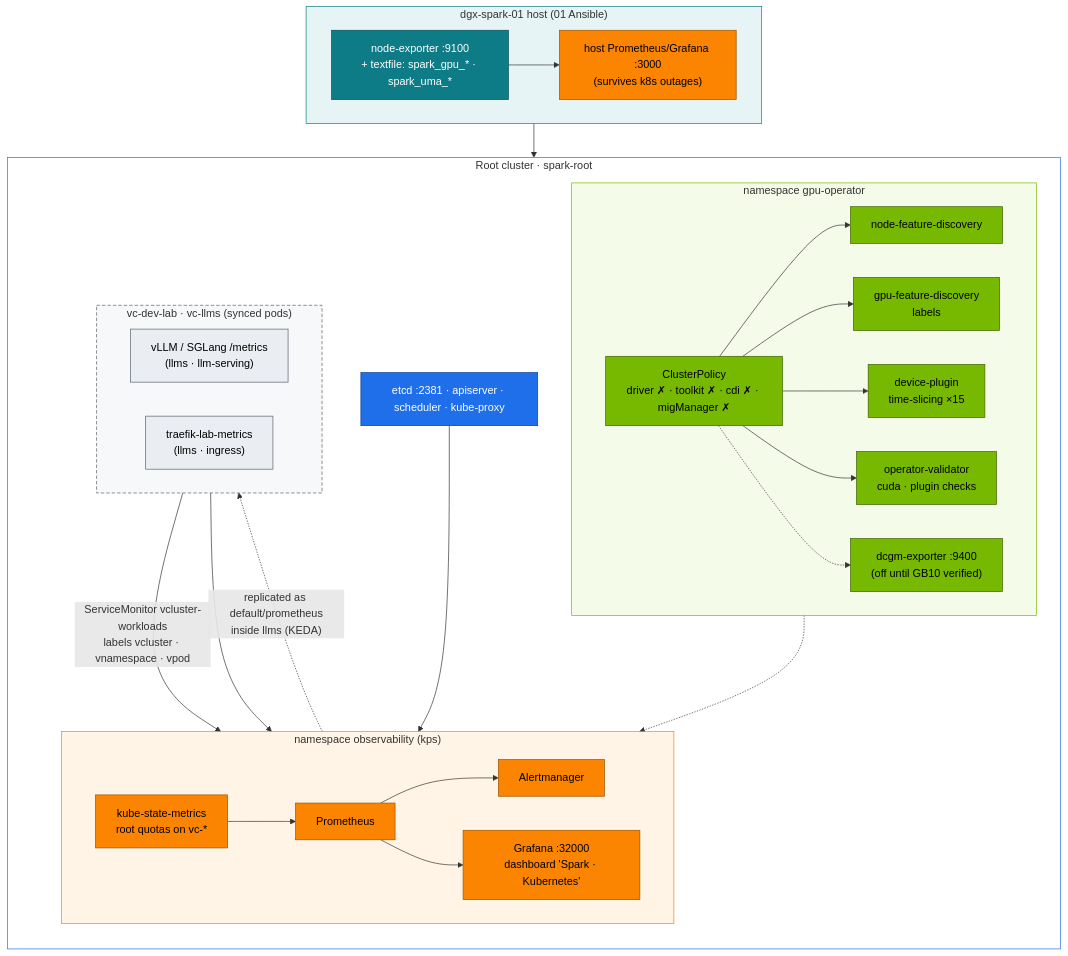
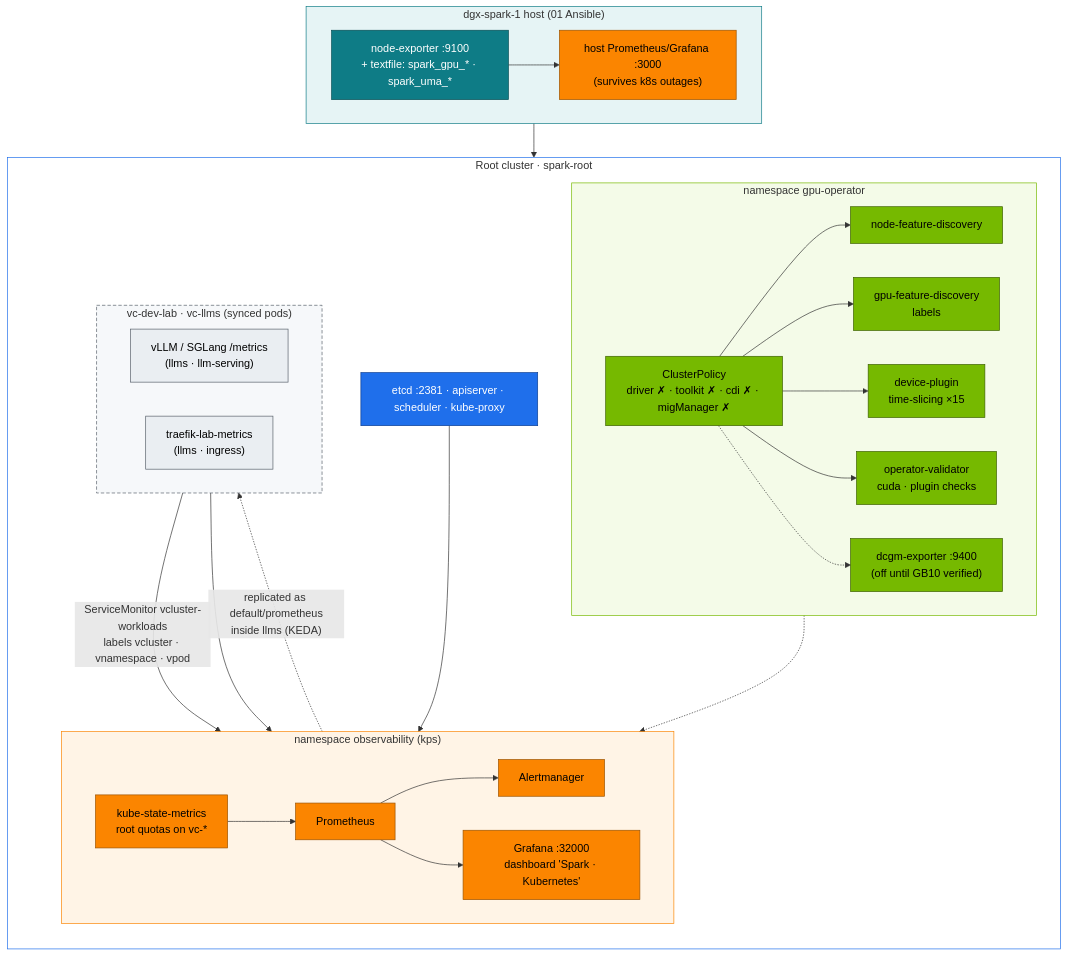
One commit to cloudone365/technical-depth changed the diagram in 02 Kubernetes/16-nvidia-gpu-operator-and-network-operator.md. Above: the diagram before and after it, drawn with Mermaid. The commit also changed other lines of this file and 91 other files, not shown here.

First line of the commit message:
Rename the Spark hosts to dgx-spark-1 / dgx-spark-2

````diff
--- a/02 Kubernetes/16-nvidia-gpu-operator-and-network-operator.md
+++ b/02 Kubernetes/16-nvidia-gpu-operator-and-network-operator.md
@@ -32,53 +32,53 @@
 ```mermaid
 flowchart TB
   subgraph ROOT["Root cluster · spark-root"]
     direction TB
     subgraph GOP["namespace gpu-operator"]
       direction LR
       CP["ClusterPolicy<br/>driver ✗ · toolkit ✗ · cdi ✗ · migManager ✗"] --> NFD["node-feature-discovery"]
       CP --> GFD["gpu-feature-discovery<br/>labels"]
       CP --> DP["device-plugin<br/>time-slicing ×15"]
       CP --> VAL["operator-validator<br/>cuda · plugin checks"]
       CP -.-> DCGMX["dcgm-exporter :9400<br/>(off until GB10 verified)"]
     end
     subgraph OBS["namespace observability (kps)"]
       direction LR
       PR["Prometheus"] --> AM["Alertmanager"]
       PR --> GR["Grafana :32000<br/>dashboard 'Spark · Kubernetes'"]
       KSM["kube-state-metrics<br/>root quotas on vc-*"] --> PR
     end
     ETC["etcd :2381 · apiserver · scheduler · kube-proxy"]
     subgraph VCS["vc-dev-lab · vc-llms (synced pods)"]
       direction LR
       VLLM["vLLM / SGLang /metrics<br/>(llms · llm-serving)"]
       TRF["traefik-lab-metrics<br/>(llms · ingress)"]
     end
   end
-  subgraph HOST["dgx-spark-01 host (01 Ansible)"]
+  subgraph HOST["dgx-spark-1 host (01 Ansible)"]
     direction LR
     NE["node-exporter :9100<br/>+ textfile: spark_gpu_* · spark_uma_*"]
     HP["host Prometheus/Grafana :3000<br/>(survives k8s outages)"]
   end
   NE --> PR
   NE --> HP
   DCGMX -.-> PR
   VLLM -- "ServiceMonitor vcluster-workloads<br/>labels vcluster · vnamespace · vpod" --> PR
   TRF --> PR
   ETC --> PR
   PR -. "replicated as default/prometheus<br/>inside llms (KEDA)" .-> VLLM
   classDef gpu fill:#76b900,stroke:#3d6000,color:#000
   classDef obs fill:#fb8500,stroke:#9a5200,color:#000
   classDef ctrl fill:#1f6feb,stroke:#0b3d91,color:#fff
   classDef host fill:#0e7c86,stroke:#064e54,color:#fff
   classDef tenant fill:#eaeef2,stroke:#57606a,color:#000
   class CP,NFD,GFD,DP,VAL,DCGMX gpu
   class PR,AM,GR,KSM,HP obs
   class ETC ctrl
   class NE host
   class VLLM,TRF tenant
   style ROOT fill:#ffffff,stroke:#1f6feb
   style GOP fill:#f4fbe8,stroke:#76b900
   style OBS fill:#fff4e6,stroke:#fb8500
   style VCS fill:#f6f8fa,stroke:#57606a,stroke-dasharray:5 3
   style HOST fill:#e6f4f5,stroke:#0e7c86
 ```
````
